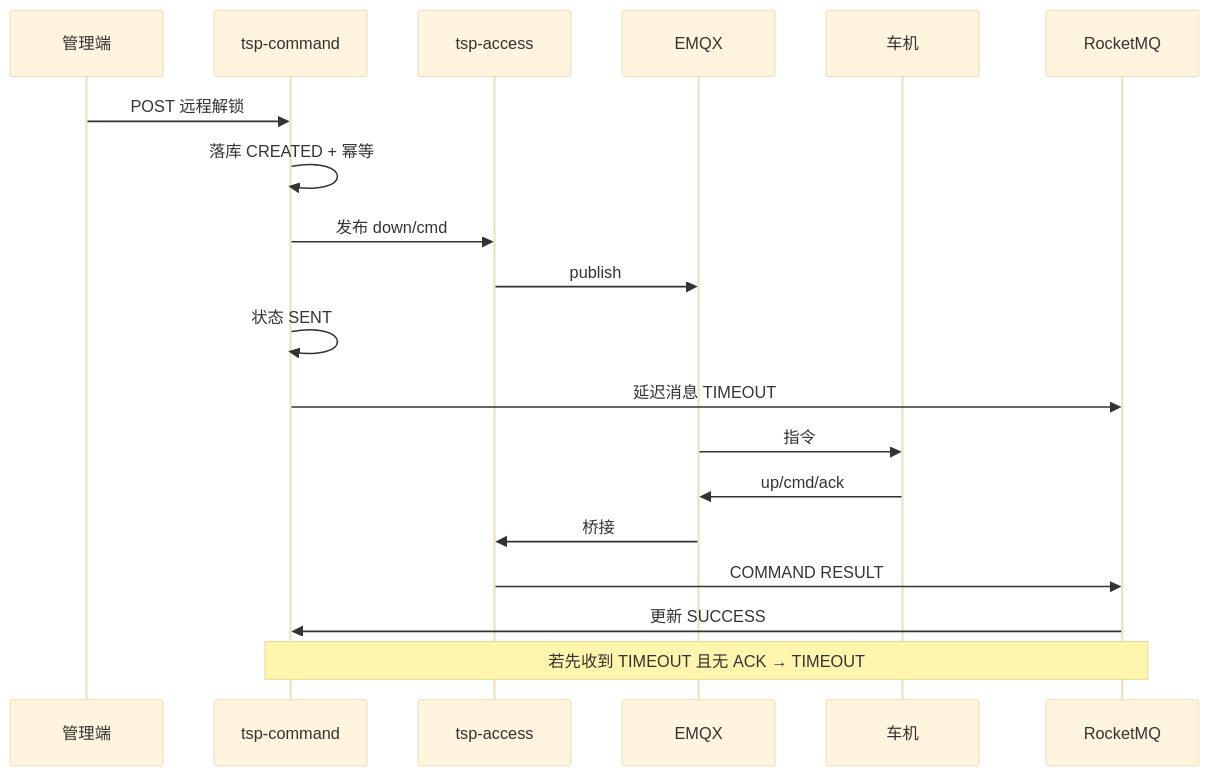
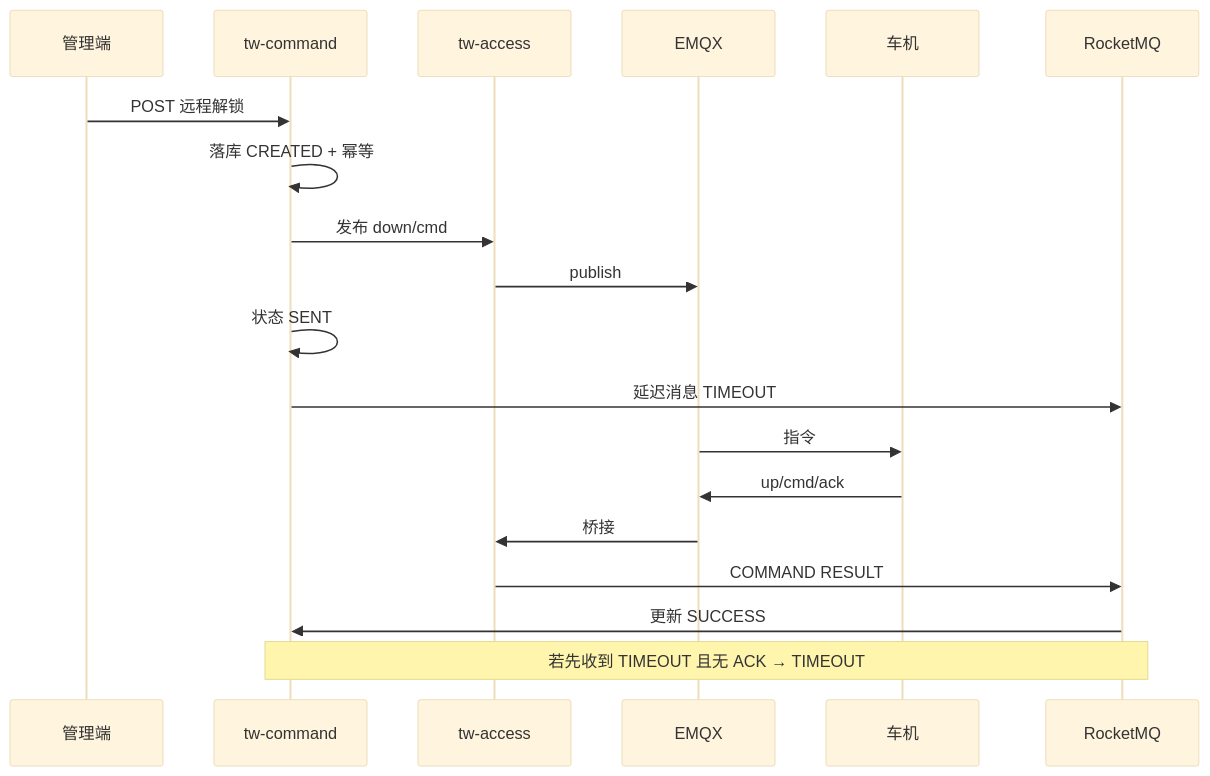
The sixth of 6 diagrams in docs/prepare/功能模块规划.md (codeyunze/yz-mall), drawn with Mermaid (base theme) before and after one commit. The commit also changed other lines of this file and 5 other files, not shown here.

````diff
--- a/docs/prepare/功能模块规划.md
+++ b/docs/prepare/功能模块规划.md
@@ -280,22 +281,22 @@
 ```mermaid
 sequenceDiagram
   participant PC as 管理端
-  participant C as tsp-command
-  participant Acc as tsp-access
+  participant C as tw-command
+  participant Acc as tw-access
   participant EMQX as EMQX
   participant Car as 车机
   participant RMQ as RocketMQ
 
   PC->>C: POST 远程解锁
   C->>C: 落库 CREATED + 幂等
   C->>Acc: 发布 down/cmd
   Acc->>EMQX: publish
   C->>C: 状态 SENT
   C->>RMQ: 延迟消息 TIMEOUT
   EMQX->>Car: 指令
   Car->>EMQX: up/cmd/ack
   EMQX->>Acc: 桥接
   Acc->>RMQ: COMMAND RESULT
   RMQ->>C: 更新 SUCCESS
   Note over C,RMQ: 若先收到 TIMEOUT 且无 ACK → TIMEOUT
 ```
````
